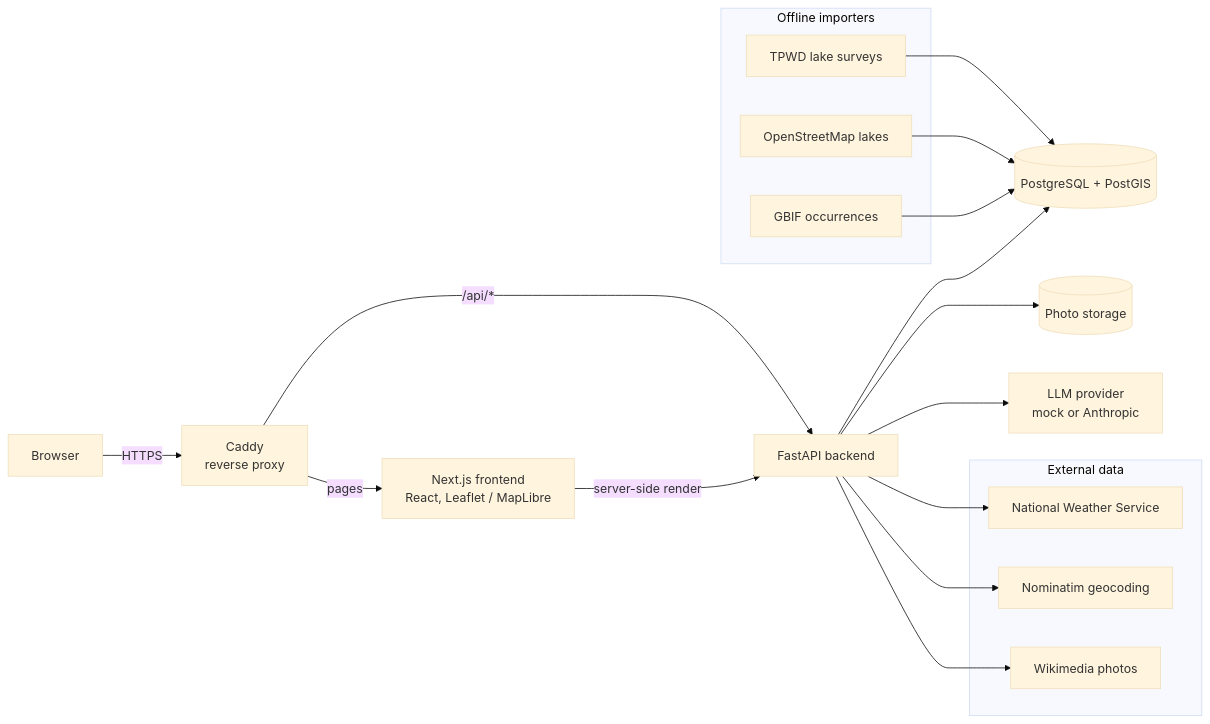
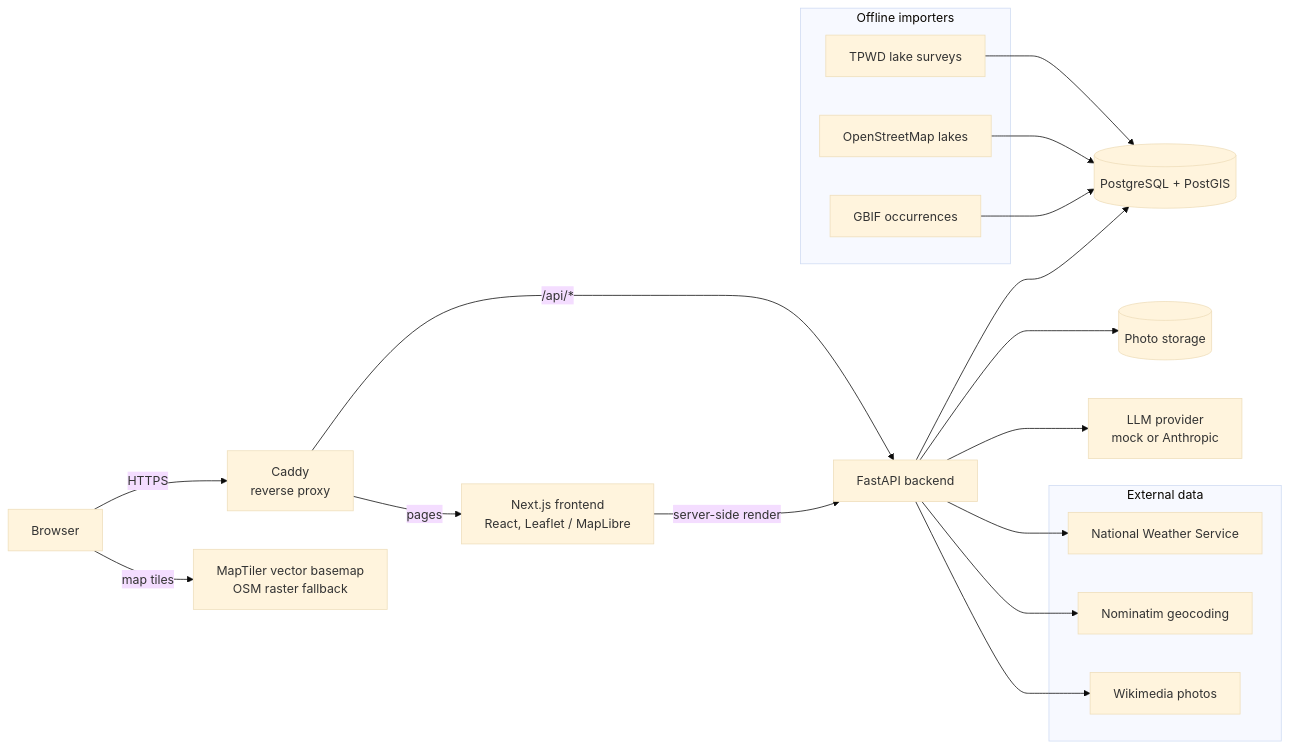
One commit to pwzerus/FishEye changed the diagram in README.md. Above: the diagram before and after it, drawn with Mermaid (base theme). The commit also changed other lines of this file, not shown here.

Commit message:
README: MapTiler vector basemap in the architecture

````diff
--- a/README.md
+++ b/README.md
@@ -50,29 +50,30 @@
 ```mermaid
 flowchart LR
     U[Browser] -->|HTTPS| C[Caddy<br/>reverse proxy]
     C -->|/api/*| B[FastAPI backend]
     C -->|pages| F[Next.js frontend<br/>React, Leaflet / MapLibre]
     F -->|server-side render| B
+    U -->|map tiles| T[MapTiler vector basemap<br/>OSM raster fallback]
 
     B --> DB[(PostgreSQL + PostGIS)]
     B --> M[(Photo storage)]
     B --> LLM[LLM provider<br/>mock or Anthropic]
 
     subgraph External data
       NWS[National Weather Service]
       NOM[Nominatim geocoding]
       WIKI[Wikimedia photos]
     end
     B --> NWS
     B --> NOM
     B --> WIKI
 
     subgraph Offline importers
       TPWD[TPWD lake surveys]
       OSM[OpenStreetMap lakes]
       GBIF[GBIF occurrences]
     end
     TPWD --> DB
     OSM --> DB
     GBIF --> DB
 ```
````
